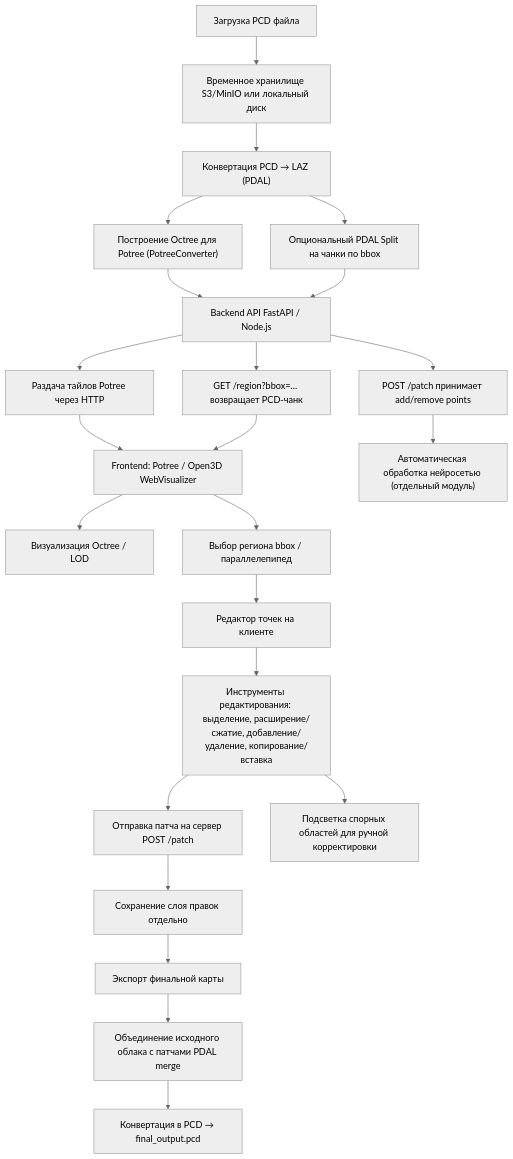
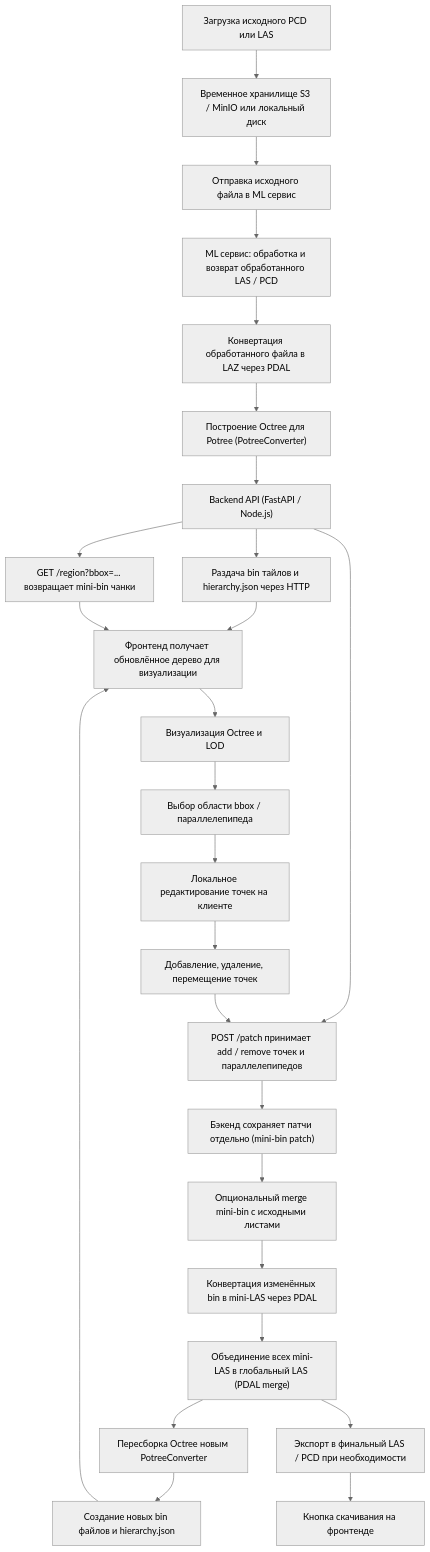
Before and after one commit to MindSetLib/lidar-clouds: the diagram in README.md, drawn with Mermaid (neutral theme).

Commit message:
update schema

````diff
--- a/README.md
+++ b/README.md
@@ -4,37 +4,42 @@
 ```mermaid
 flowchart TD
     %% ==== Исходные данные ====
-    A["Загрузка PCD файла"] --> B["Временное хранилище S3/MinIO или локальный диск"]
+    A["Загрузка исходного PCD или LAS"] --> B["Временное хранилище S3 / MinIO или локальный диск"]
+
+    %% ==== ML обработка ====
+    B --> C["Отправка исходного файла в ML сервис"]
+    C --> D["ML сервис: обработка и возврат обработанного LAS / PCD"]
     
-    %% ==== Конвертация и нарезка ====
-    B --> C["Конвертация PCD → LAZ (PDAL)"]
-    C --> D["Построение Octree для Potree (PotreeConverter)"]
-    C --> E["Опциональный PDAL Split на чанки по bbox"]
+    %% ==== Первичная конвертация ====
+    D --> E["Конвертация обработанного файла в LAZ через PDAL"]
+    E --> F["Построение Octree для Potree (PotreeConverter)"]
     
     %% ==== Backend API ====
-    D --> F["Backend API FastAPI / Node.js"]
-    E --> F
-    F --> F1["Раздача тайлов Potree через HTTP"]
-    F --> F2["GET /region?bbox=... возвращает PCD-чанк"]
-    F --> F3["POST /patch принимает add/remove points"]
+    F --> G["Backend API (FastAPI / Node.js)"]
+    G --> G1["Раздача bin тайлов и hierarchy.json через HTTP"]
+    G --> G2["GET /region?bbox=... возвращает mini-bin чанки"]
+    G --> G3["POST /patch принимает add / remove точек и параллелепипедов"]
     
-    %% ==== Frontend Web-клиент ====
-    F1 --> G["Frontend: Potree / Open3D WebVisualizer"]
-    F2 --> G
-    G --> G1["Визуализация Octree / LOD"]
-    G --> G2["Выбор региона bbox / параллелепипед"]
-    G2 --> G3["Редактор точек на клиенте"]
-    G3 --> G4["Инструменты редактирования: выделение, расширение/сжатие, добавление/удаление, копирование/вставка"]
-    G4 --> H["Отправка патча на сервер POST /patch"]
+    %% ==== Frontend ====
+    G1 --> H["Frontend: Potree / WebGL"]
+    G2 --> H
+    H --> H1["Визуализация Octree и LOD"]
+    H1 --> H2["Выбор области bbox / параллелепипеда"]
+    H2 --> H3["Локальное редактирование точек на клиенте"]
+    H3 --> H4["Добавление, удаление, перемещение точек"]
+    H4 --> G3
     
     %% ==== Обновление данных ====
-    H --> I["Сохранение слоя правок отдельно"]
-    I --> J["Экспорт финальной карты"]
-    J --> J1["Объединение исходного облака с патчами PDAL merge"]
-    J1 --> J2["Конвертация в PCD → final_output.pcd"]
+    G3 --> I["Бэкенд сохраняет патчи отдельно (mini-bin patch)"]
+    I --> J["Опциональный merge mini-bin с исходными листами"]
+    J --> K["Конвертация изменённых bin в mini-LAS через PDAL"]
+    K --> L["Объединение всех mini-LAS в глобальный LAS (PDAL merge)"]
+    L --> M["Пересборка Octree новым PotreeConverter"]
+    M --> N["Создание новых bin файлов и hierarchy.json"]
+    N --> H["Фронтенд получает обновлённое дерево для визуализации"]
     
-    %% ==== Опции ====
-    G4 --> K["Подсветка спорных областей для ручной корректировки"]
-    F3 --> L["Автоматическая обработка нейросетью (отдельный модуль)"]
+    %% ==== Экспорт ====
+    L --> O["Экспорт в финальный LAS / PCD при необходимости"]
+    O --> P["Кнопка скачивания на фронтенде"]
 
 ```
````
